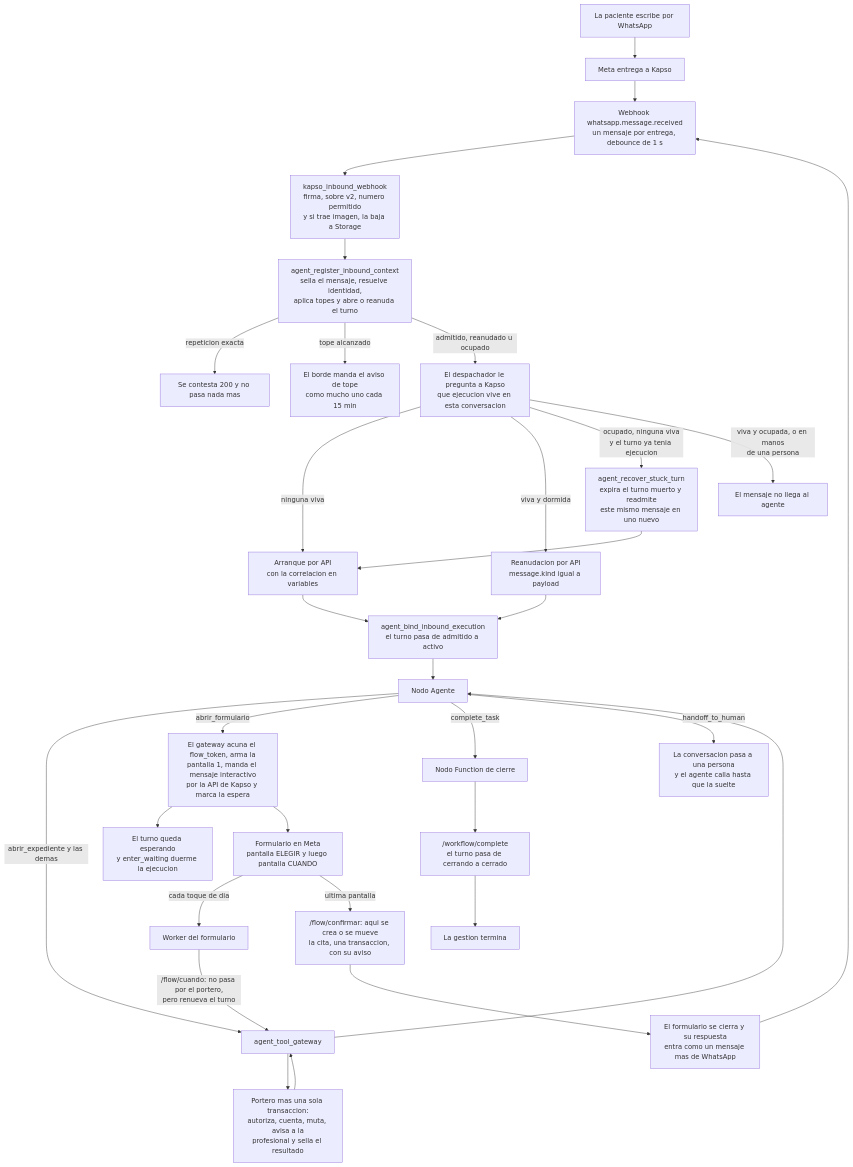
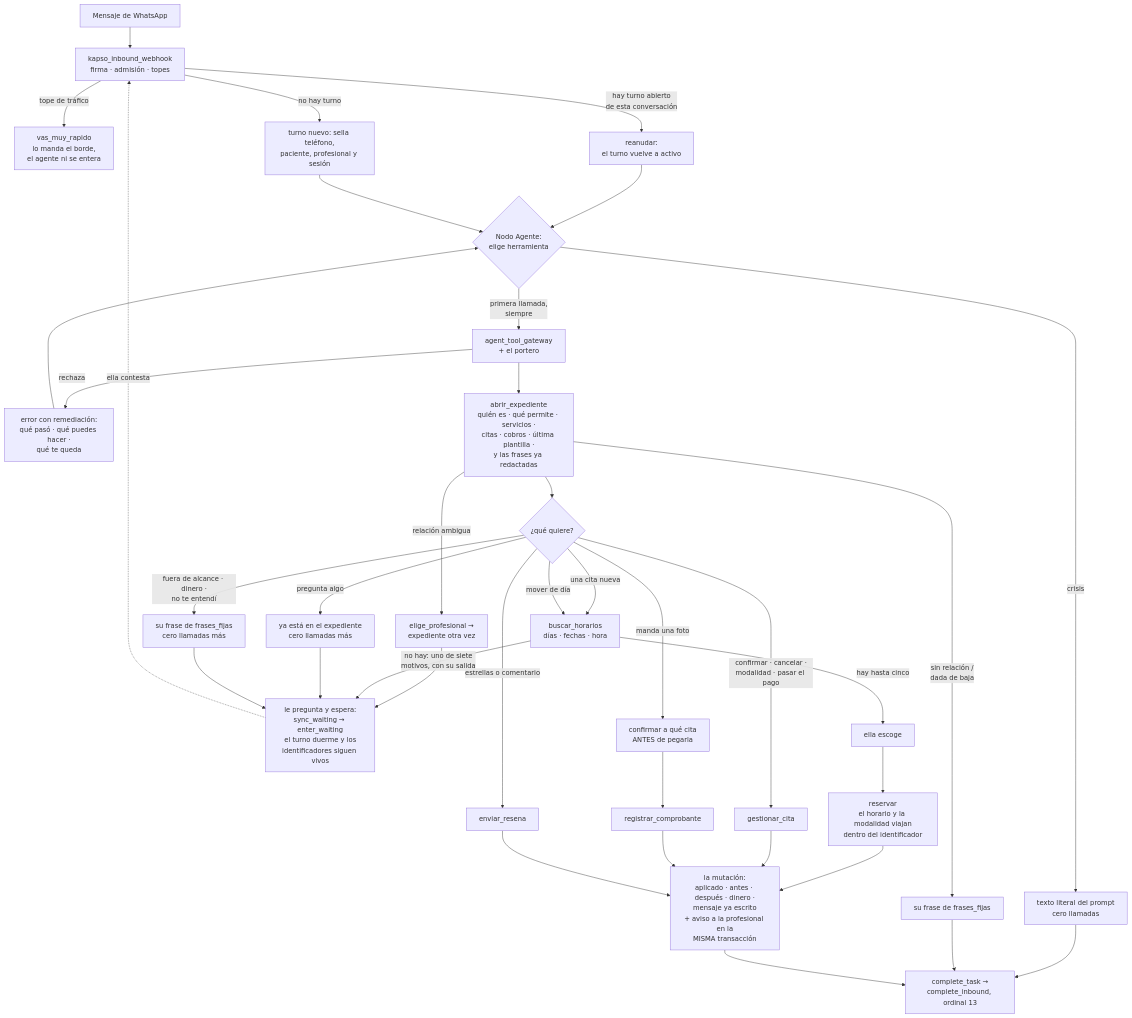
One commit to meagendamx-a11y/agente_ia_pseudocodigo changed the diagram in docs/diseno/00-diseno-final.md. Above: the diagram before and after it, drawn with Mermaid. The commit also changed other lines of this file and 10 other files, not shown here.

````diff
--- a/docs/diseno/00-diseno-final.md
+++ b/docs/diseno/00-diseno-final.md
@@ -98,41 +99,61 @@
 ```mermaid
 flowchart TD
-    A["La paciente escribe por WhatsApp"] --> B["Meta entrega a Kapso"]
-    B --> C["Webhook whatsapp.message.received<br/>un mensaje por entrega, debounce de 1 s"]
-    C --> D["kapso_inbound_webhook<br/>firma, sobre v2, numero permitido<br/>y si trae imagen, la baja a Storage"]
-    D --> E["agent_register_inbound_context<br/>sella el mensaje, resuelve identidad,<br/>aplica topes y abre o reanuda el turno"]
+    W["Mensaje de WhatsApp"] --> ADM["kapso_inbound_webhook<br/>firma · admisión · topes"]
 
-    E -->|repeticion exacta| Z1["Se contesta 200 y no pasa nada mas"]
-    E -->|tope alcanzado| Z2["El borde manda el aviso de tope<br/>como mucho uno cada 15 min"]
-    E -->|admitido, reanudado u ocupado| F["El despachador le pregunta a Kapso<br/>que ejecucion vive en esta conversacion"]
+    ADM -->|"tope de tráfico"| FAST["vas_muy_rapido<br/>lo manda el borde,<br/>el agente ni se entera"]
+    ADM -->|"hay turno abierto<br/>de esta conversación"| RES["reanudar:<br/>el turno vuelve a activo"]
+    ADM -->|"no hay turno"| NEW["turno nuevo: sella teléfono,<br/>paciente, profesional y sesión"]
 
-    F -->|ninguna viva| G["Arranque por API<br/>con la correlacion en variables"]
-    F -->|viva y dormida| H["Reanudacion por API<br/>message.kind igual a payload"]
-    F -->|ocupado, ninguna viva<br/>y el turno ya tenia ejecucion| W["agent_recover_stuck_turn<br/>expira el turno muerto y readmite<br/>este mismo mensaje en uno nuevo"]
-    F -->|viva y ocupada, o en manos<br/>de una persona| Z3["El mensaje no llega al agente"]
+    RES --> AG
+    NEW --> AG
 
-    W --> G
-    G --> I["agent_bind_inbound_execution<br/>el turno pasa de admitido a activo"]
-    H --> I
-    I --> J["Nodo Agente"]
+    AG{"Nodo Agente:<br/>elige herramienta"}
 
-    J -->|abrir_expediente y las demas| K["agent_tool_gateway"]
-    K --> L["Portero mas una sola transaccion:<br/>autoriza, cuenta, muta, avisa a la<br/>profesional y sella el resultado"]
-    L --> K
-    K --> J
+    AG -->|"crisis"| CRI["texto literal del prompt<br/>cero llamadas"]
+    CRI --> CLOSE
 
-    J -->|abrir_formulario| M["El gateway acuna el flow_token, arma la<br/>pantalla 1, manda el mensaje interactivo<br/>por la API de Kapso y marca la espera"]
-    J -->|complete_task| S["Nodo Function de cierre"]
-    J -->|handoff_to_human| V["La conversacion pasa a una persona<br/>y el agente calla hasta que la suelte"]
+    AG -->|"primera llamada,<br/>siempre"| GW["agent_tool_gateway<br/>+ el portero"]
 
-    M --> Q["El turno queda esperando<br/>y enter_waiting duerme la ejecucion"]
-    M --> N["Formulario en Meta<br/>pantalla ELEGIR y luego pantalla CUANDO"]
-    N -->|cada toque de dia| O["Worker del formulario"]
-    O -->|/flow/cuando: no pasa por el portero,<br/>pero renueva el turno| K
-    N -->|ultima pantalla| P["/flow/confirmar: aqui se crea o se mueve<br/>la cita, una transaccion, con su aviso"]
-    P --> R["El formulario se cierra y su respuesta<br/>entra como un mensaje mas de WhatsApp"]
-    R --> C
+    GW -->|"rechaza"| ERR["error con remediación:<br/>qué pasó · qué puedes hacer ·<br/>qué te queda"]
+    ERR --> AG
 
-    S --> T["/workflow/complete<br/>el turno pasa de cerrando a cerrado"]
-    T --> U["La gestion termina"]
+    GW --> EXP["abrir_expediente<br/>quién es · qué permite · servicios ·<br/>citas · cobros · última plantilla ·<br/>y las frases ya redactadas"]
+
+    EXP -->|"sin relación /<br/>dada de baja"| FIJO["su frase de frases_fijas"]
+    FIJO --> CLOSE
+    EXP -->|"relación ambigua"| ELIGE["elige_profesional →<br/>expediente otra vez"]
+    ELIGE --> WAIT
+
+    EXP --> D{"¿qué quiere?"}
+
+    D -->|"una cita nueva"| BUS
+    D -->|"mover de día"| BUS
+    D -->|"confirmar · cancelar ·<br/>modalidad · pasar el pago"| GES["gestionar_cita"]
+    D -->|"manda una foto"| CONF["confirmar a qué cita<br/>ANTES de pegarla"]
+    D -->|"estrellas o comentario"| RES2["enviar_resena"]
+    D -->|"pregunta algo"| YA["ya está en el expediente<br/>cero llamadas más"]
+    D -->|"fuera de alcance · dinero ·<br/>no te entendí"| FIJO2["su frase de frases_fijas<br/>cero llamadas más"]
+
+    BUS["buscar_horarios<br/>días · fechas · hora"]
+    BUS -->|"hay hasta cinco"| SEL["ella escoge"]
+    BUS -->|"no hay: uno de siete<br/>motivos, con su salida"| WAIT
+    SEL --> RSV["reservar<br/>el horario y la modalidad viajan<br/>dentro del identificador"]
+
+    CONF --> PROOF["registrar_comprobante"]
+
+    RSV --> MUT
+    GES --> MUT
+    PROOF --> MUT
+    RES2 --> MUT
+
+    MUT["la mutación:<br/>aplicado · antes · después · dinero ·<br/>mensaje ya escrito<br/>+ aviso a la profesional en la<br/>MISMA transacción"]
+
+    MUT --> CLOSE
+    YA --> WAIT
+    FIJO2 --> WAIT
+
+    WAIT["le pregunta y espera:<br/>sync_waiting → enter_waiting<br/>el turno duerme y los<br/>identificadores siguen vivos"]
+    WAIT -.->|"ella contesta"| ADM
+
+    CLOSE["complete_task →<br/>complete_inbound, ordinal 13"]
 ```
````
